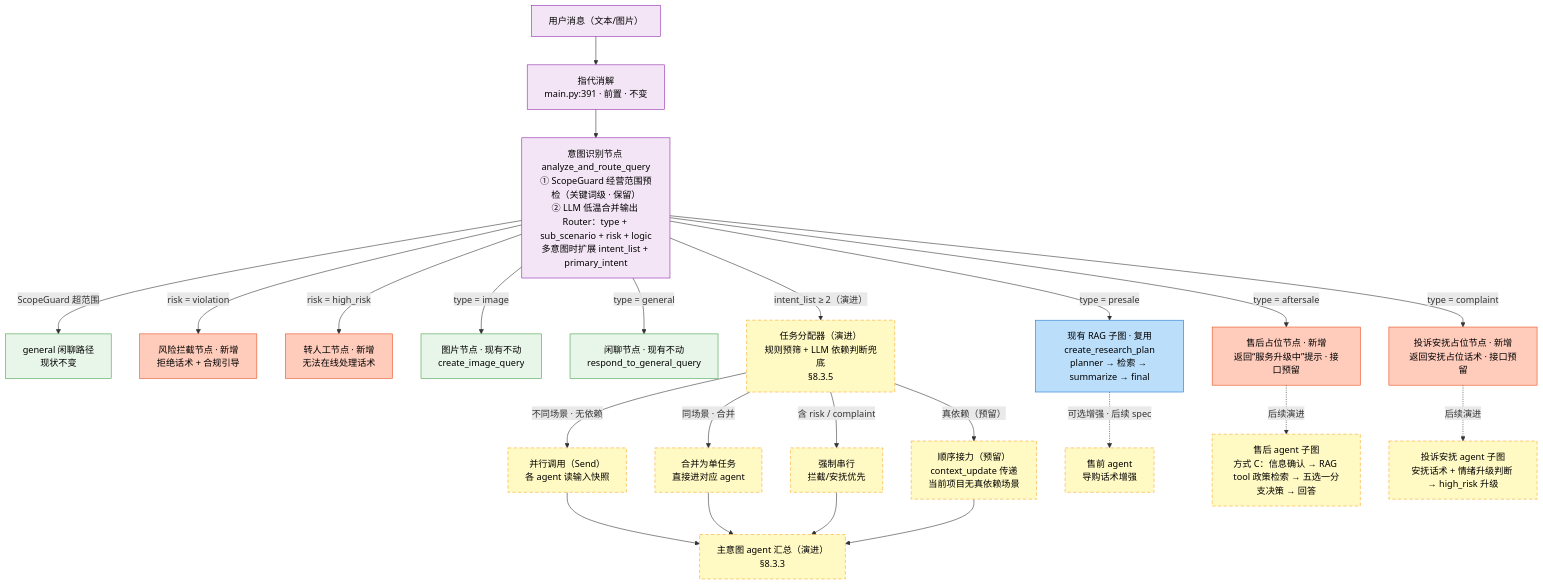
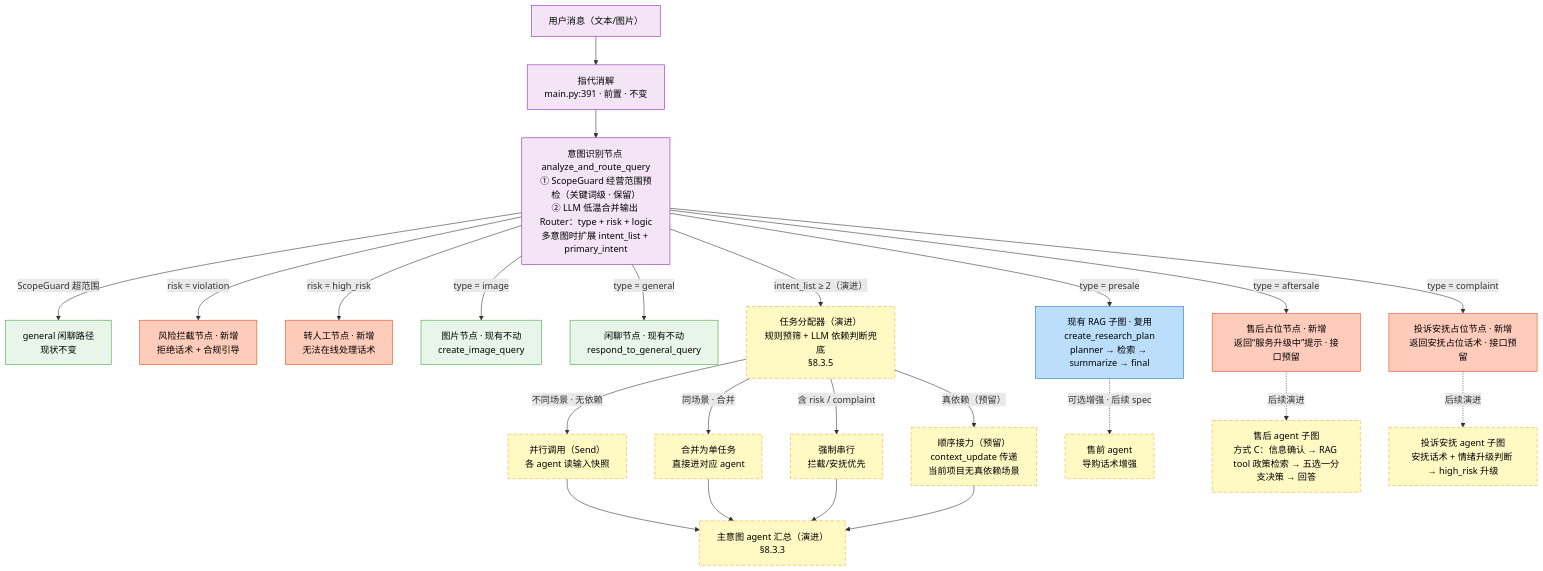
The diagram in docs/spec_plan/SPEC_INTENT_RECOGNITION_OPTIMIZATION.md (blowt16/SmartCS-Agent), drawn with Mermaid before and after one commit. The commit also changed other lines of this file and 7 other files, not shown here.

First line of the commit message:
refactor: 移除 sub_scenario 维度（简化设计）——售后子场景判断下沉售后 Agent

````diff
--- a/docs/spec_plan/SPEC_INTENT_RECOGNITION_OPTIMIZATION.md
+++ b/docs/spec_plan/SPEC_INTENT_RECOGNITION_OPTIMIZATION.md
@@ -143,41 +143,41 @@
 ```mermaid
 graph TD
     U["用户消息（文本/图片）"] --> PR["指代消解<br/>main.py:391 · 前置 · 不变"]
-    PR --> R["意图识别节点 analyze_and_route_query<br/>① ScopeGuard 经营范围预检（关键词级 · 保留）<br/>② LLM 低温合并输出 Router：type + sub_scenario + risk + logic<br/>多意图时扩展 intent_list + primary_intent"]
+    PR --> R["意图识别节点 analyze_and_route_query<br/>① ScopeGuard 经营范围预检（关键词级 · 保留）<br/>② LLM 低温合并输出 Router：type + risk + logic<br/>多意图时扩展 intent_list + primary_intent"]
 
     R -->|"ScopeGuard 超范围"| G1["general 闲聊路径<br/>现状不变"]
     R -->|"risk = violation"| N1["风险拦截节点 · 新增<br/>拒绝话术 + 合规引导"]
     R -->|"risk = high_risk"| N2["转人工节点 · 新增<br/>无法在线处理话术"]
     R -->|"type = image"| N3["图片节点 · 现有不动<br/>create_image_query"]
     R -->|"type = general"| N4["闲聊节点 · 现有不动<br/>respond_to_general_query"]
     R -->|"type = presale"| N5["现有 RAG 子图 · 复用<br/>create_research_plan<br/>planner → 检索 → summarize → final"]
     R -->|"type = aftersale"| N6["售后占位节点 · 新增<br/>返回“服务升级中”提示 · 接口预留"]
     R -->|"type = complaint"| N7["投诉安抚占位节点 · 新增<br/>返回安抚占位话术 · 接口预留"]
 
     R -->|"intent_list ≥ 2（演进）"| D["任务分配器（演进）<br/>规则预筛 + LLM 依赖判断兜底<br/>§8.3.5"]
     D -->|"不同场景 · 无依赖"| P["并行调用（Send）<br/>各 agent 读输入快照"]
     D -->|"同场景 · 合并"| M1["合并为单任务<br/>直接进对应 agent"]
     D -->|"含 risk / complaint"| S2["强制串行<br/>拦截/安抚优先"]
     D -->|"真依赖（预留）"| S1["顺序接力（预留）<br/>context_update 传递<br/>当前项目无真依赖场景"]
 
     P --> M["主意图 agent 汇总（演进）<br/>§8.3.3"]
     M1 --> M
     S2 --> M
     S1 --> M
 
     N5 -.->|"可选增强 · 后续 spec"| A3["售前 agent<br/>导购话术增强"]
     N6 -.->|"后续演进"| A1["售后 agent 子图<br/>方式 C：信息确认 → RAG tool 政策检索 → 五选一分支决策 → 回答"]
     N7 -.->|"后续演进"| A2["投诉安抚 agent 子图<br/>安抚话术 + 情绪升级判断 → high_risk 升级"]
 
     classDef input fill:#f3e5f5,stroke:#8e24aa,color:#000;
     classDef keep fill:#e8f5e9,stroke:#43a047,color:#000;
     classDef reuse fill:#bbdefb,stroke:#1976d2,color:#000;
     classDef new fill:#ffccbc,stroke:#e64a19,color:#000;
     classDef future fill:#fff9c4,stroke:#f9a825,color:#000,stroke-dasharray: 6 4;
 
     class U,PR,R input;
     class G1,N3,N4 keep;
     class N5 reuse;
     class N1,N2,N6,N7 new;
     class D,P,M,M1,S1,S2,A1,A2,A3 future;
 ```
````
